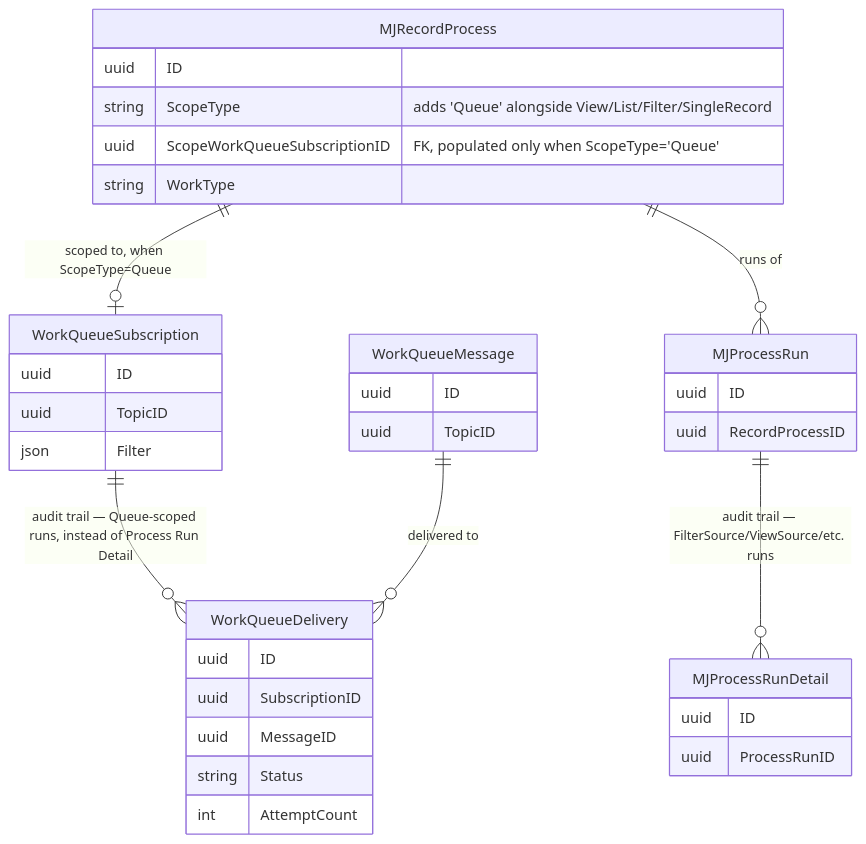
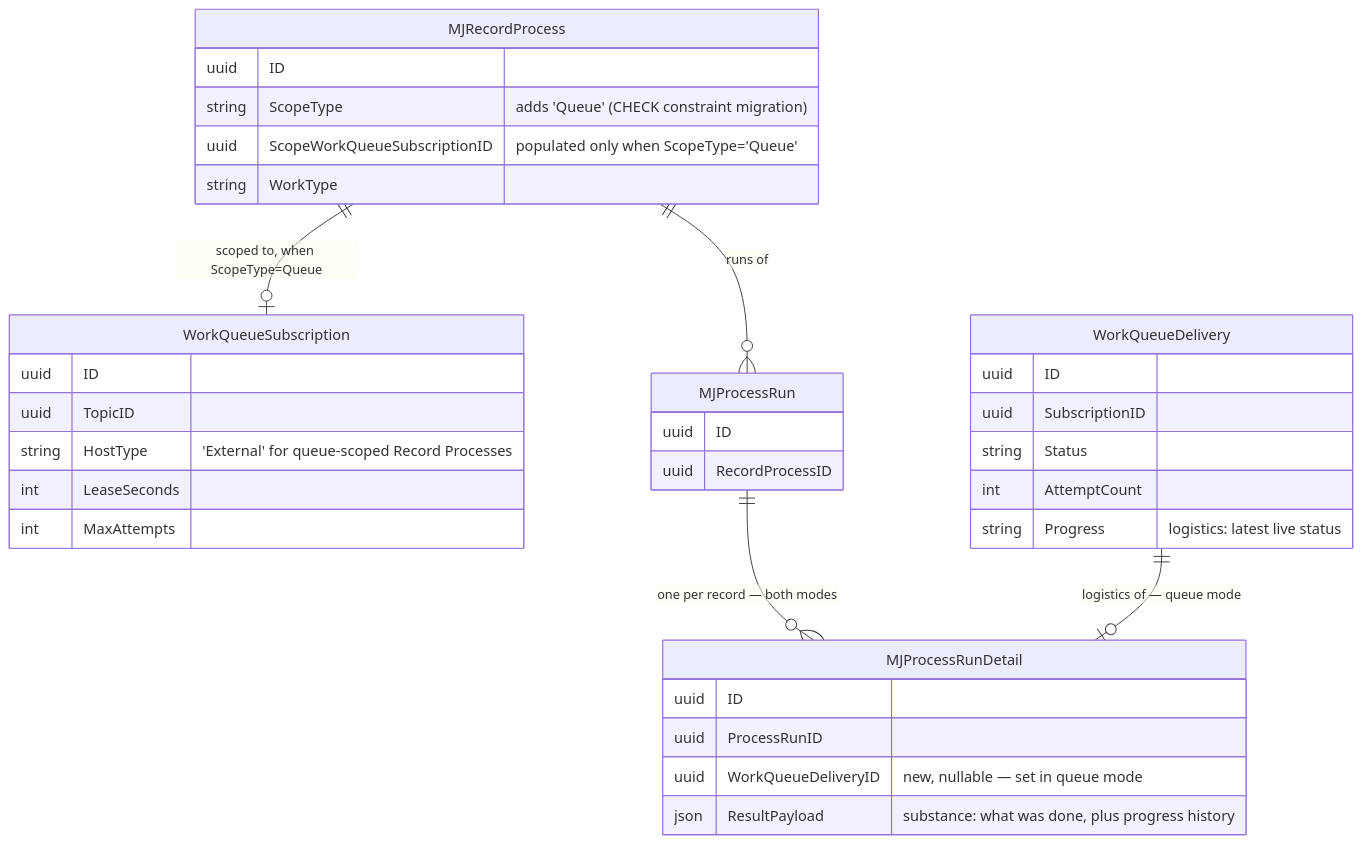
Before and after one commit to MemberJunction/MJ: the first of 2 diagrams in plans/content-pipeline-framework-merged.md, drawn with Mermaid. The commit also changed other lines of this file, not shown here.

First line of the commit message:
Revise merged plan: heartbeat progress, in-flight cancel, detail rows in queue mode

````diff
--- a/plans/content-pipeline-framework-merged.md
+++ b/plans/content-pipeline-framework-merged.md
@@ -55,39 +85,38 @@
 ```mermaid
 erDiagram
     MJRecordProcess {
         uuid ID
-        string ScopeType "adds 'Queue' alongside View/List/Filter/SingleRecord"
-        uuid ScopeWorkQueueSubscriptionID "FK, populated only when ScopeType='Queue'"
+        string ScopeType "adds 'Queue' (CHECK constraint migration)"
+        uuid ScopeWorkQueueSubscriptionID "populated only when ScopeType='Queue'"
         string WorkType
     }
     WorkQueueSubscription {
         uuid ID
         uuid TopicID
-        json Filter
+        string HostType "'External' for queue-scoped Record Processes"
+        int LeaseSeconds
+        int MaxAttempts
     }
     MJProcessRun {
         uuid ID
         uuid RecordProcessID
     }
     MJProcessRunDetail {
         uuid ID
         uuid ProcessRunID
-    }
-    WorkQueueMessage {
-        uuid ID
-        uuid TopicID
+        uuid WorkQueueDeliveryID "new, nullable — set in queue mode"
+        json ResultPayload "substance: what was done, plus progress history"
     }
     WorkQueueDelivery {
         uuid ID
         uuid SubscriptionID
-        uuid MessageID
         string Status
         int AttemptCount
+        string Progress "logistics: latest live status"
     }
 
     MJRecordProcess ||--o| WorkQueueSubscription : "scoped to, when ScopeType=Queue"
     MJRecordProcess ||--o{ MJProcessRun : "runs of"
-    MJProcessRun ||--o{ MJProcessRunDetail : "audit trail — FilterSource/ViewSource/etc. runs"
-    WorkQueueSubscription ||--o{ WorkQueueDelivery : "audit trail — Queue-scoped runs, instead of Process Run Detail"
-    WorkQueueMessage ||--o{ WorkQueueDelivery : "delivered to"
+    MJProcessRun ||--o{ MJProcessRunDetail : "one per record — both modes"
+    WorkQueueDelivery ||--o| MJProcessRunDetail : "logistics of — queue mode"
 ```
````
